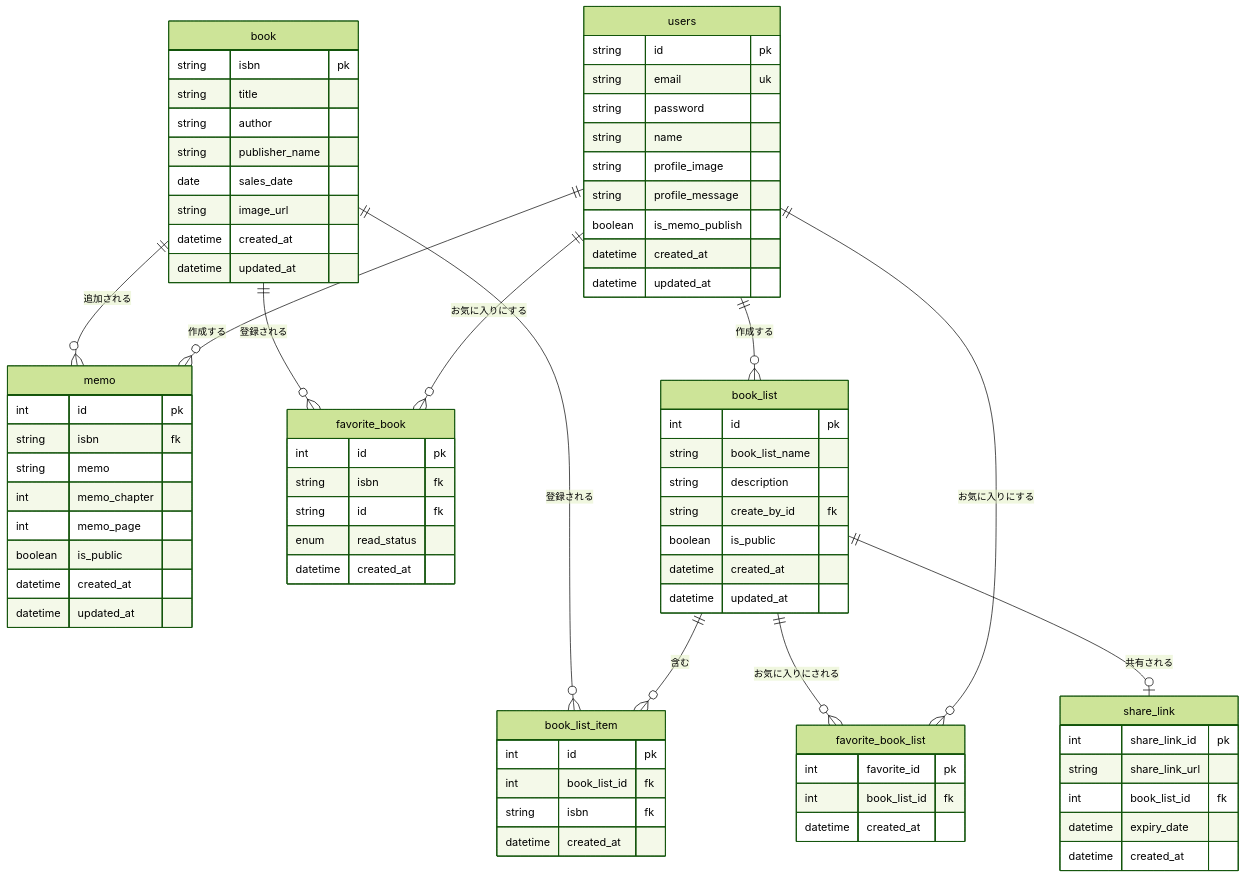
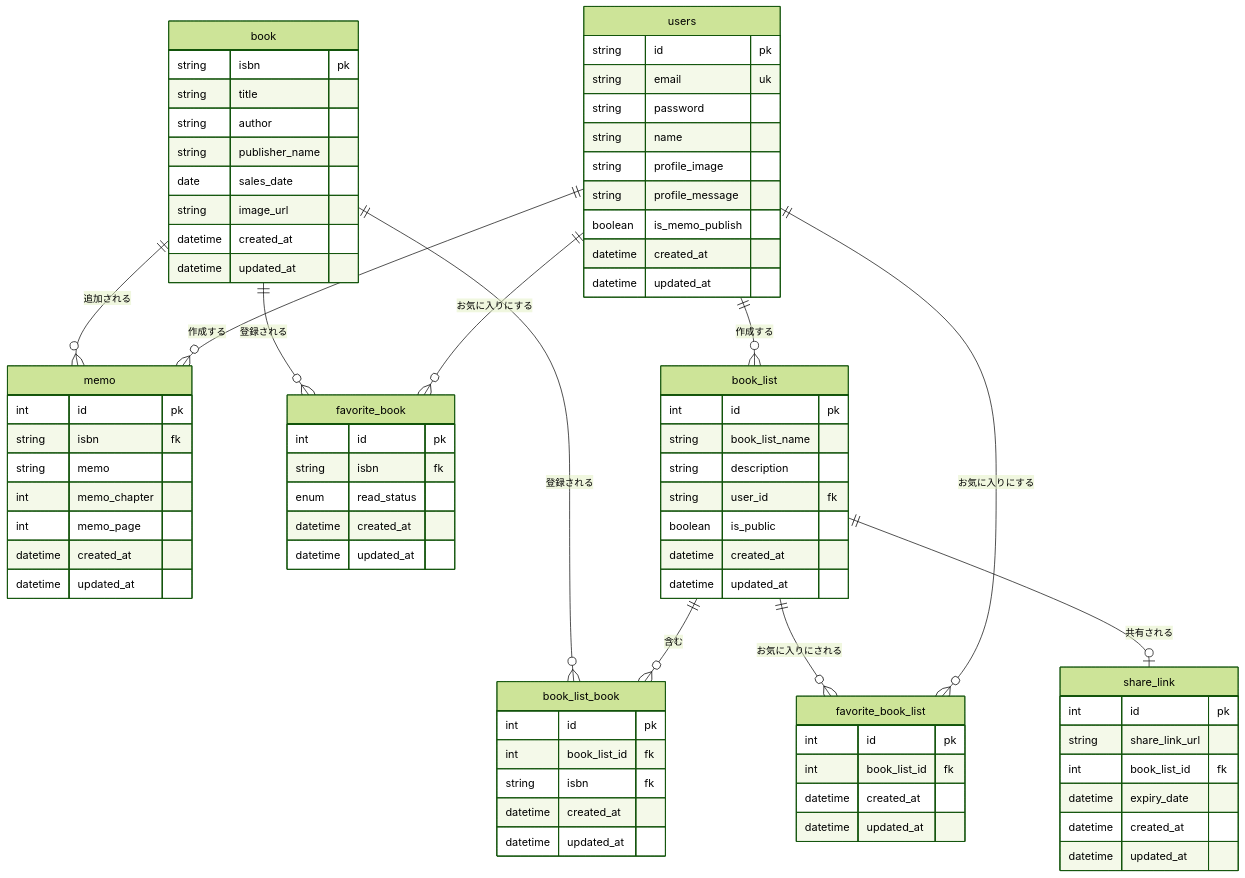
The diagram in _docs/ER.md (ar4rpon/minelibrary), drawn with Mermaid (forest theme) before and after one commit.

Commit message:
docs:ER図修正 #17

````diff
--- a/_docs/ER.md
+++ b/_docs/ER.md
@@ -29,7 +29,6 @@
 string memo
 int memo_chapter
 int memo_page
-boolean is_public
 datetime created_at
 datetime updated_at
 }
@@ -37,40 +36,43 @@
 favorite_book {
 int id pk
 string isbn fk
-string id fk
 enum read_status
 datetime created_at
+datetime updated_at
 }
 
 book_list {
 int id pk
 string book_list_name
 string description
-string create_by_id fk
+string user_id fk
 boolean is_public
 datetime created_at
 datetime updated_at
 }
 
-book_list_item {
+book_list_book {
 int id pk
 int book_list_id fk
 string isbn fk
 datetime created_at
+datetime updated_at
 }
 
 favorite_book_list {
-int favorite_id pk
+int id pk
 int book_list_id fk
 datetime created_at
+datetime updated_at
 }
 
 share_link {
-int share_link_id pk
+int id pk
 string share_link_url
 int book_list_id fk
 datetime expiry_date
 datetime created_at
+datetime updated_at
 }
 
 users ||--o{ memo : "作成する"
@@ -79,8 +81,8 @@
 users ||--o{ favorite_book_list : "お気に入りにする"
 book ||--o{ favorite_book : "登録される"
 book ||--o{ memo : "追加される"
-book_list ||--o{ book_list_item : "含む"
-book ||--o{ book_list_item : "登録される"
+book_list ||--o{ book_list_book : "含む"
+book ||--o{ book_list_book : "登録される"
 book_list ||--o{ favorite_book_list : "お気に入りにされる"
 book_list ||--o| share_link : "共有される"
 ```
````
